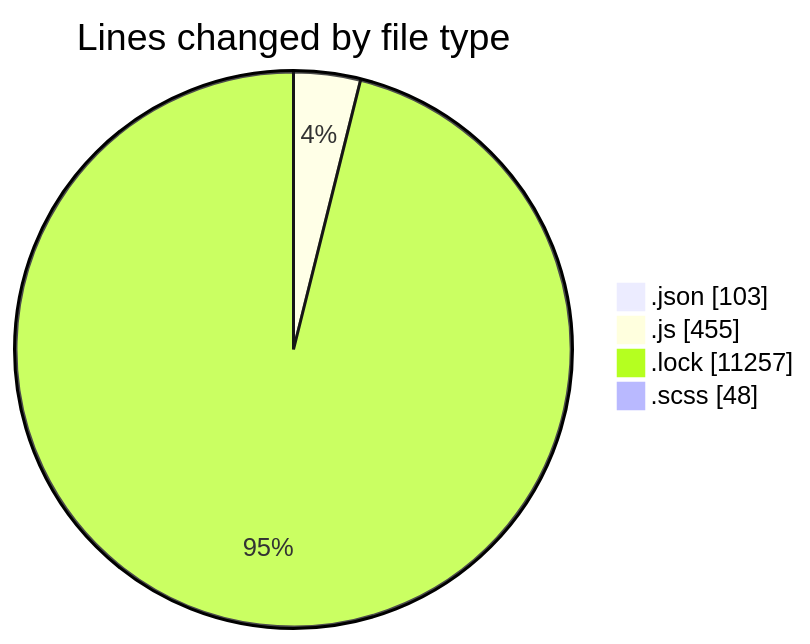
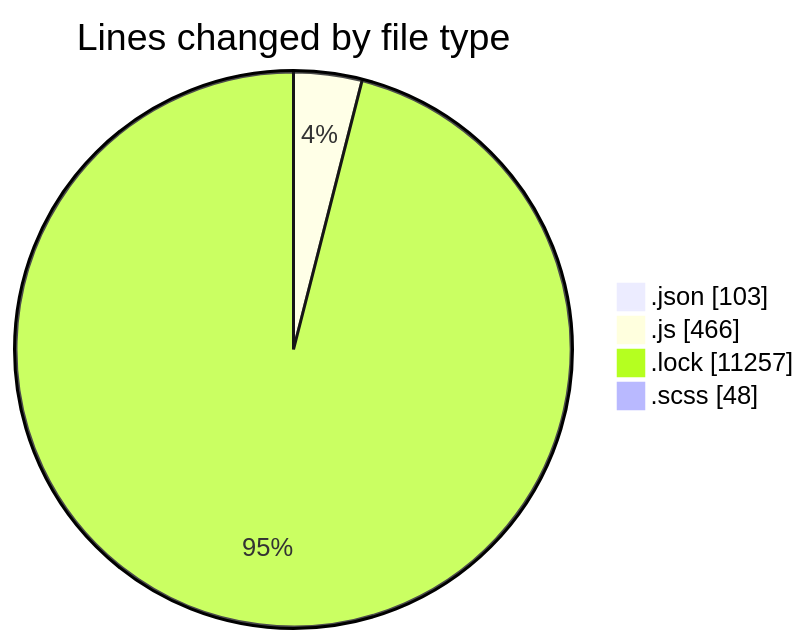
The first of 2 diagrams in 2026-01-06/cda/README.md (momahboobian/code-tracking), drawn with Mermaid before and after one commit. The commit also changed other lines of this file and 1 other file, not shown here.

````diff
--- a/2026-01-06/cda/README.md
+++ b/2026-01-06/cda/README.md
@@ -27,8 +27,8 @@
 ```mermaid
 pie showData
 title Lines changed by file type
 ".json" : 103
-".js" : 455
+".js" : 466
 ".lock" : 11257
 ".scss" : 48
 ```
````
